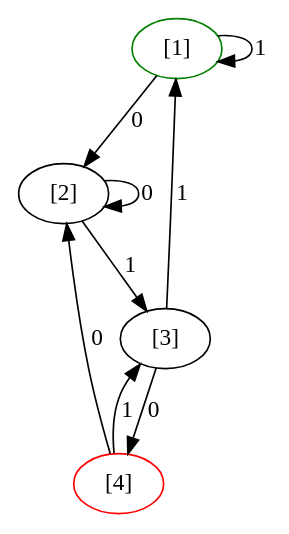
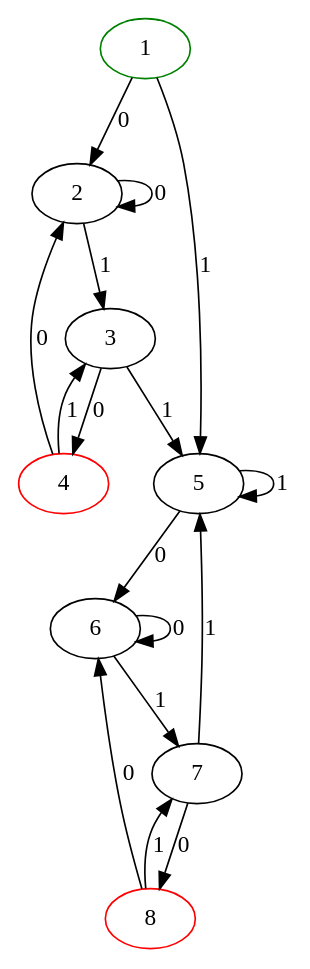
One commit to ChrisChV/Finite_Automata_Class changed the diagram in AutomataDefault.dot. Above: the diagram before and after it, drawn with Graphviz. The commit also changed 14 other files, not shown here.

```diff
--- a/AutomataDefault.dot
+++ b/AutomataDefault.dot
@@ -1,15 +1,27 @@
 digraph{
-3 [label="[1]"color = "black"];
-3->3 [label="1"];
-3->2 [label="0"];
-2 [label="[2]"color = "black"];
-2->2 [label="0"];
-2->1 [label="1"];
-1 [label="[3]"color = "black"];
-1->3 [label="1"];
-1->0 [label="0"];
-0 [label="[4]"color = "red"];
-0->2 [label="0"];
-0->1 [label="1"];
-3 [label = "[1]"color = "green"];
+0 [label="1"color = "black"];
+0->1 [label="0"];
+0->4 [label="1"];
+1 [label="2"color = "black"];
+1->1 [label="0"];
+1->2 [label="1"];
+2 [label="3"color = "black"];
+2->3 [label="0"];
+2->4 [label="1"];
+3 [label="4"color = "red"];
+3->1 [label="0"];
+3->2 [label="1"];
+4 [label="5"color = "black"];
+4->4 [label="1"];
+4->5 [label="0"];
+5 [label="6"color = "black"];
+5->5 [label="0"];
+5->6 [label="1"];
+6 [label="7"color = "black"];
+6->4 [label="1"];
+6->7 [label="0"];
+7 [label="8"color = "red"];
+7->5 [label="0"];
+7->6 [label="1"];
+0 [label = "1"color = "green"];
 }
```
